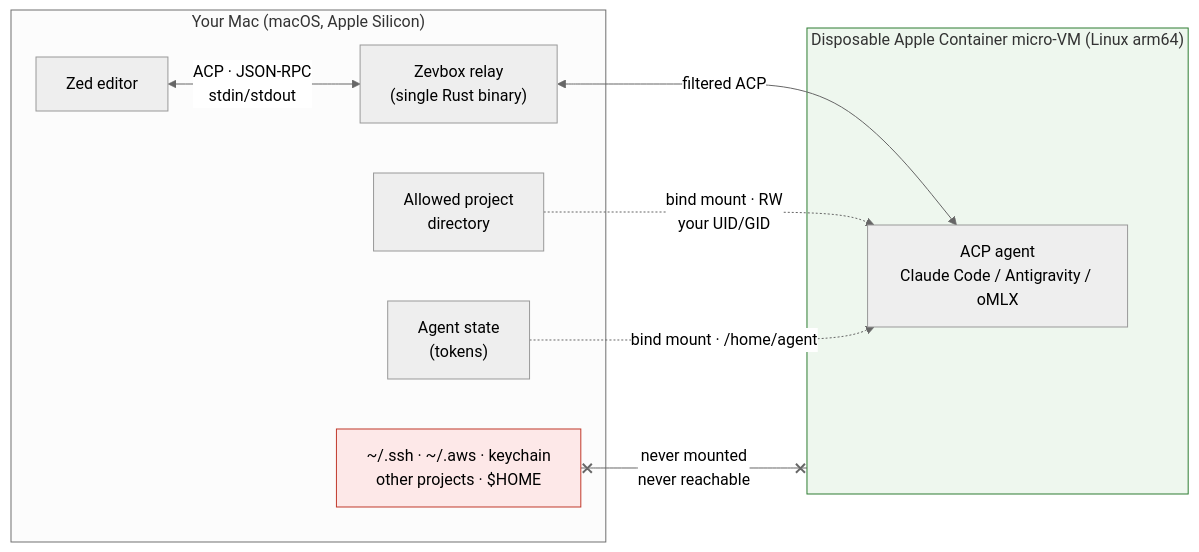
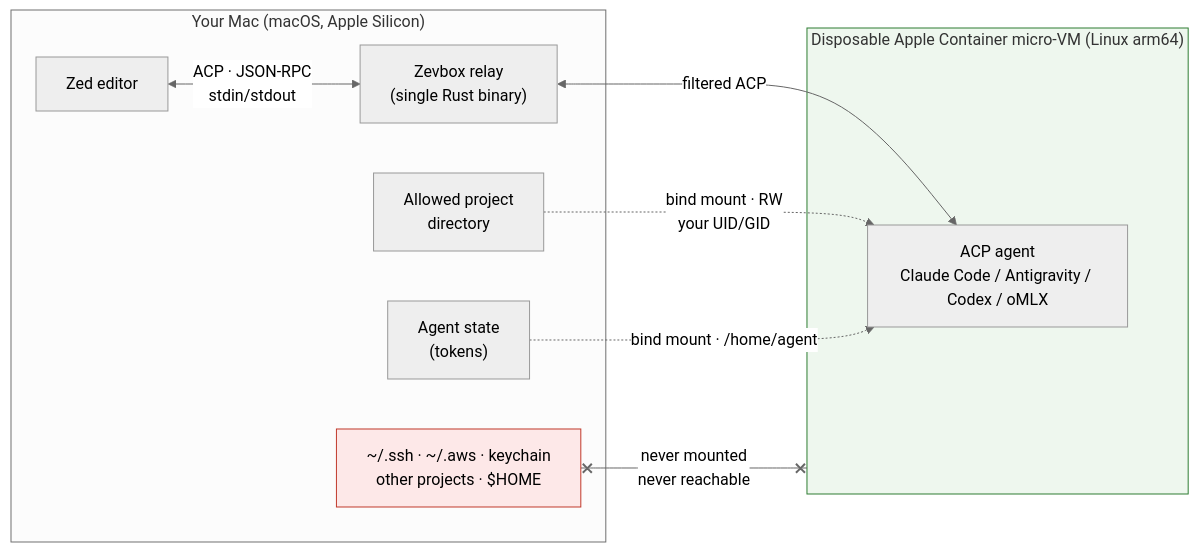
Before and after one commit to brainztorm/zevbox: the first of 4 diagrams in README.md, drawn with Mermaid (neutral theme). The commit also changed other lines of this file and 28 other files, not shown here.

Commit message:
feat: enable standard Codex agent with native authentication

````diff
--- a/README.md
+++ b/README.md
@@ -38,22 +38,22 @@
 ```mermaid
 flowchart LR
     subgraph Host ["Your Mac (macOS, Apple Silicon)"]
         Zed["Zed editor"]
         Relay["Zevbox relay\n(single Rust binary)"]
         Project["Allowed project\ndirectory"]
         State["Agent state\n(tokens)"]
         Secrets["~/.ssh · ~/.aws · keychain\nother projects · $HOME"]
     end
     subgraph VM ["Disposable Apple Container micro-VM (Linux arm64)"]
-        Agent["ACP agent\nClaude Code / Antigravity / oMLX"]
+        Agent["ACP agent\nClaude Code / Antigravity / Codex / oMLX"]
     end
 
     Zed <-->|"ACP · JSON-RPC\nstdin/stdout"| Relay
     Relay <-->|"filtered ACP"| Agent
     Project -.->|"bind mount · RW\nyour UID/GID"| Agent
     State -.->|"bind mount · /home/agent"| Agent
     Secrets x--x|"never mounted\nnever reachable"| VM
 
     style Secrets fill:#fde8e8,stroke:#c0392b
     style VM fill:#eef7ee,stroke:#2e7d32
 ```
````
